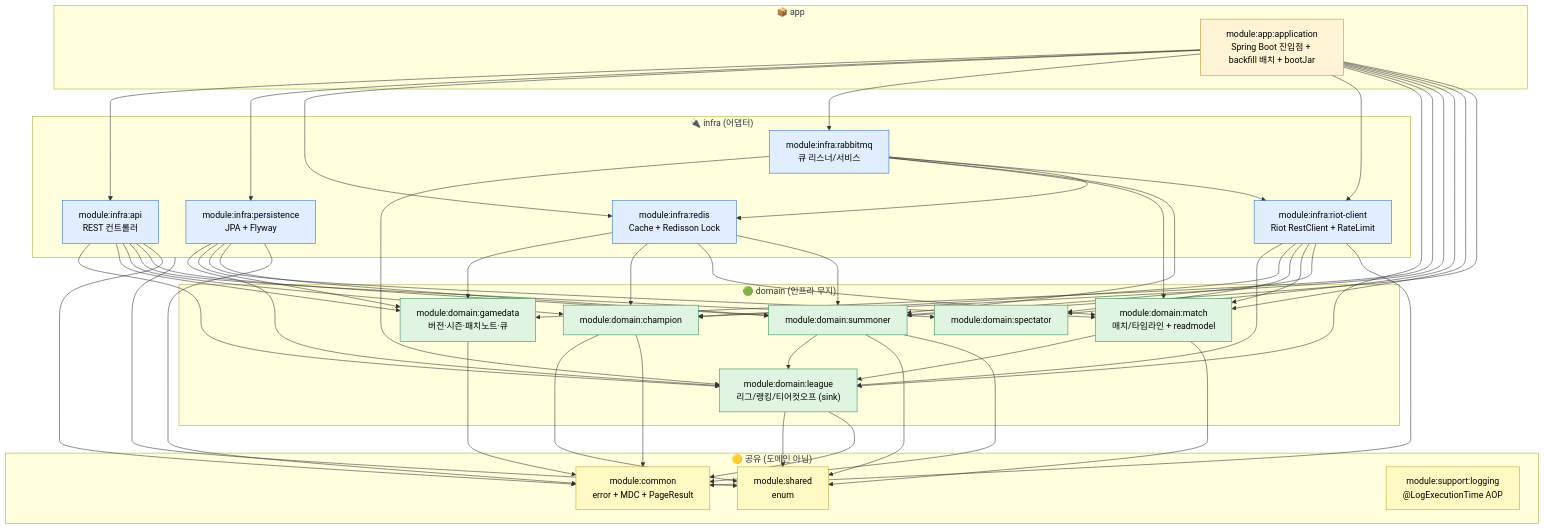
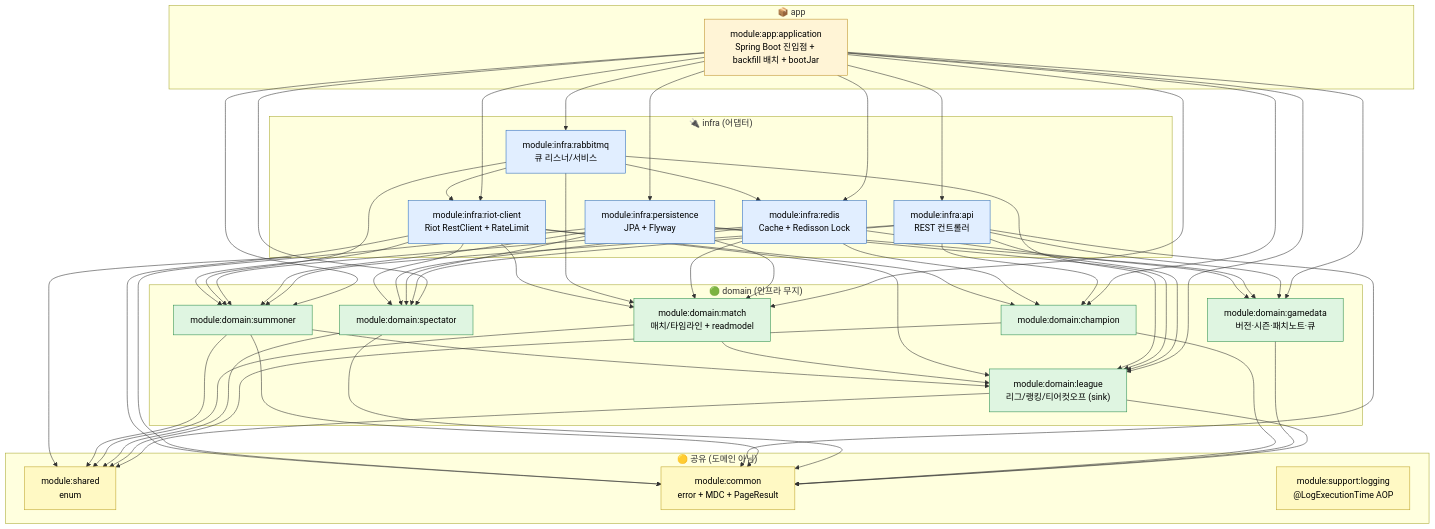
One commit to padosol/lol-repository changed the diagram in docs/ARCHITECTURE.md. Above: the diagram before and after it, drawn with Mermaid. The commit also changed 19 other files, not shown here.

````diff
--- a/docs/ARCHITECTURE.md
+++ b/docs/ARCHITECTURE.md
@@ -14,57 +14,57 @@
 ```mermaid
 flowchart TB
     subgraph app["📦 app"]
       application["module:app:application<br/>Spring Boot 진입점 + backfill 배치 + bootJar"]
     end
 
     subgraph domain["🟢 domain (인프라 무지)"]
       league["module:domain:league<br/>리그/랭킹/티어컷오프 (sink)"]
       gamedata["module:domain:gamedata<br/>버전·시즌·패치노트·큐"]
       champion["module:domain:champion"]
       spectator["module:domain:spectator"]
       match["module:domain:match<br/>매치/타임라인 + readmodel"]
       summoner["module:domain:summoner"]
     end
 
     subgraph shared["🟡 공유 (도메인 아님)"]
       sharedM["module:shared<br/>enum"]
       common["module:common<br/>error + MDC + PageResult"]
       logging["module:support:logging<br/>@LogExecutionTime AOP"]
     end
 
     subgraph infra["🔌 infra (어댑터)"]
       api["module:infra:api<br/>REST 컨트롤러"]
       pg["module:infra:persistence<br/>JPA + Flyway"]
       redis["module:infra:redis<br/>Cache + Redisson Lock"]
       rabbit["module:infra:rabbitmq<br/>큐 리스너/서비스"]
       riot["module:infra:riot-client<br/>Riot RestClient + RateLimit"]
     end
 
     application --> api & pg & redis & rabbit & riot
     application --> league & gamedata & champion & spectator & match & summoner
 
     api --> league & gamedata & champion & spectator & summoner
-    pg --> league & gamedata & match & summoner
-    redis --> gamedata & champion & match & summoner
+    pg --> league & gamedata & spectator & match & summoner
+    redis --> gamedata & champion & spectator & match & summoner
     rabbit --> league & match & summoner
     riot --> league & champion & spectator & match & summoner
 
     match --> league
     summoner --> league
 
-    league & champion & match & summoner --> sharedM
+    league & champion & spectator & match & summoner --> sharedM
     infra --> sharedM
-    league & gamedata & champion & summoner --> common
+    league & gamedata & champion & spectator & summoner --> common
     api & pg & riot --> common
 
     rabbit --> redis & riot
 
     classDef d fill:#dff5e1,stroke:#2d8f4f,color:#000
     classDef i fill:#e1eeff,stroke:#2d6cbf,color:#000
     classDef a fill:#fff4d6,stroke:#bf922d,color:#000
     classDef s fill:#fff9c4,stroke:#bfa52d,color:#000
     class league,gamedata,champion,spectator,match,summoner d
     class api,pg,redis,rabbit,riot i
     class application a
     class sharedM,common,logging s
 ```
````
